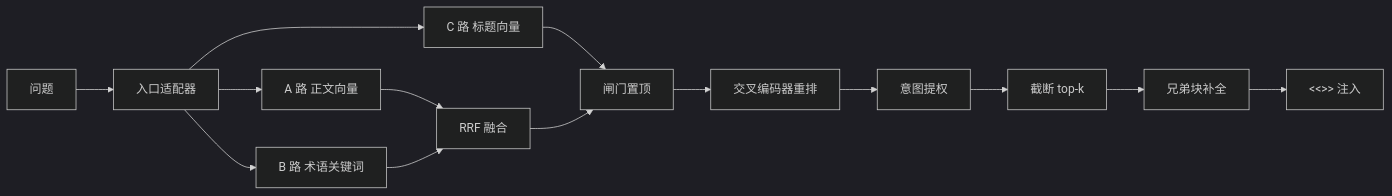
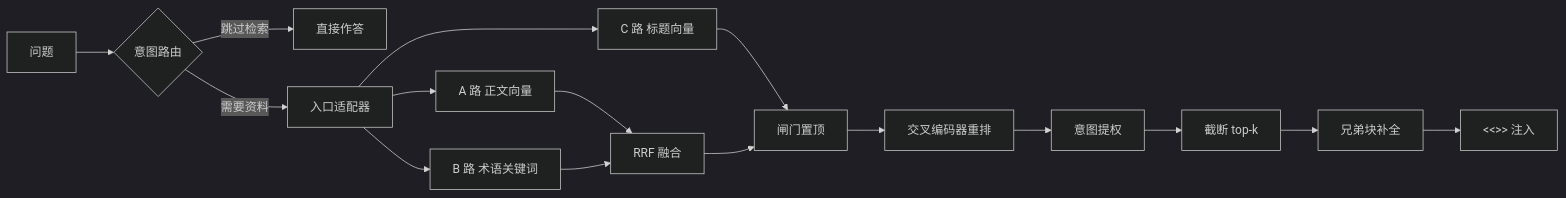
The diagram in docs/retrieval.md (HuoGu-Hub/Q-A-bot), drawn with Mermaid (dark theme) before and after one commit. The commit also changed other lines of this file and 22 other files, not shown here.

````diff
--- a/docs/retrieval.md
+++ b/docs/retrieval.md
@@ -16,16 +18,18 @@
 ```mermaid
 flowchart LR
-    Q[问题] --> T[入口适配器]
+    Q[问题] --> IG{意图路由}
+    IG -->|跳过检索| SKIP[直接作答]
+    IG -->|需要资料| T[入口适配器]
     T --> A[A 路 正文向量]
     T --> B[B 路 术语关键词]
     T --> C[C 路 标题向量]
     A --> F[RRF 融合]
     B --> F
     C --> G[闸门置顶]
     F --> G
     G --> R[交叉编码器重排]
     R --> I[意图提权]
     I --> K[截断 top-k]
     K --> S[兄弟块补全]
     S --> INJ["<<<KNOWLEDGE>>> 注入"]
 ```
````
